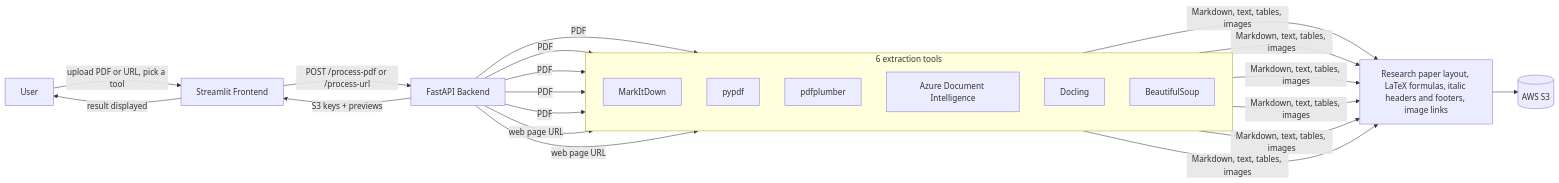
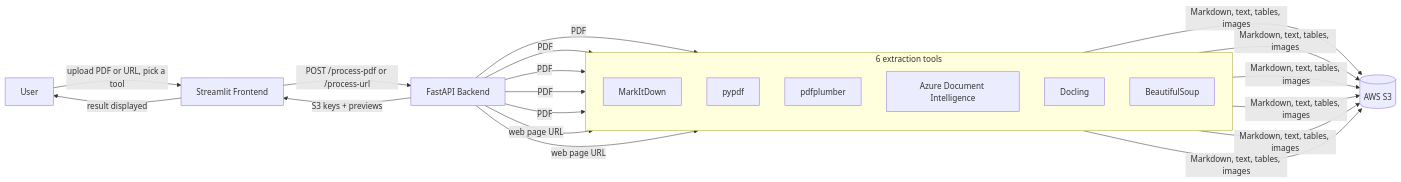
The diagram in README.md (sarahk15-king/unstructured-data-ingestion-pipeline), drawn with Mermaid before and after one commit.

Commit message:
Update README.md
Updated the README to reflect changes in the diagram and tech stack.

````diff
--- a/README.md
+++ b/README.md
@@ -48,23 +48,22 @@
 ```mermaid
 flowchart LR
     U[User] -->|upload PDF or URL, pick a tool| S[Streamlit Frontend]
     S -->|POST /process-pdf or /process-url| A[FastAPI Backend]
 
     subgraph T[6 extraction tools]
         direction TB
         T1[MarkItDown]
         T2[pypdf]
         T3[pdfplumber]
         T4[Azure Document Intelligence]
         T5[Docling]
         T6[BeautifulSoup]
     end
 
     A -->|PDF| T1 & T2 & T3 & T4 & T5
     A -->|web page URL| T6
     A -->|web page URL| T4
-    T1 & T2 & T3 & T4 & T5 & T6 -->|Markdown, text, tables, images| R[Research paper layout, LaTeX formulas, italic headers and footers, image links]
-    R --> B[(AWS S3)]
+    T1 & T2 & T3 & T4 & T5 & T6 -->|Markdown, text, tables, images| B[(AWS S3)]
     A -->|S3 keys + previews| S
     S -->|result displayed| U
 ```
````
